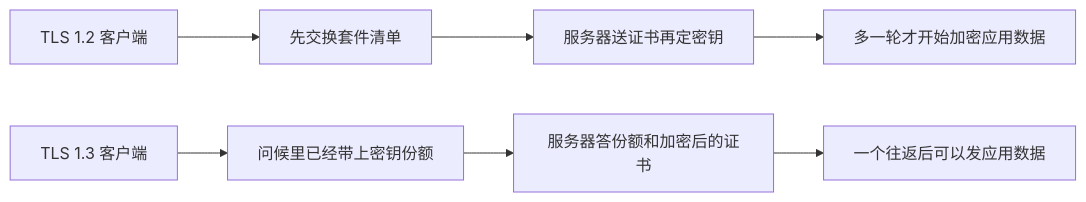
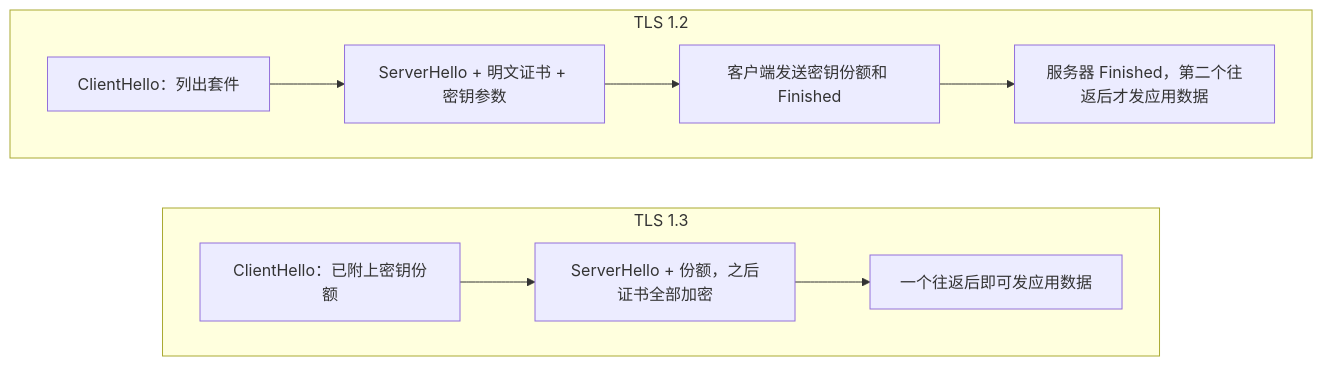
The diagram in blog/从 SSL 到 TLS 1.3：互联网如何偿还二十年的密码学技术债.md (luzhixing12345/luzhixing12345.github.io), drawn with Mermaid before and after one commit. The commit also changed other lines of this file and 27 other files, not shown here.

````diff
--- a/blog/从 SSL 到 TLS 1.3：互联网如何偿还二十年的密码学技术债.md
+++ b/blog/从 SSL 到 TLS 1.3：互联网如何偿还二十年的密码学技术债.md
@@ -65,9 +211,15 @@
 ```mermaid
-flowchart LR
-  c12[TLS 1.2 客户端] --> a1[先交换套件清单]
-  a1 --> a2[服务器送证书再定密钥]
-  a2 --> a3[多一轮才开始加密应用数据]
-  c13[TLS 1.3 客户端] --> b1[问候里已经带上密钥份额]
-  b1 --> b2[服务器答份额和加密后的证书]
-  b2 --> b3[一个往返后可以发应用数据]
+flowchart TB
+  subgraph s12 [TLS 1.2]
+    direction LR
+    a1[ClientHello：列出套件] --> a2[ServerHello + 明文证书 + 密钥参数]
+    a2 --> a3[客户端发送密钥份额和 Finished]
+    a3 --> a4[服务器 Finished，第二个往返后才发应用数据]
+  end
+  subgraph s13 [TLS 1.3]
+    direction LR
+    b1[ClientHello：已附上密钥份额] --> b2[ServerHello + 份额，之后证书全部加密]
+    b2 --> b3[一个往返后即可发应用数据]
+  end
+  s12 ~~~ s13
 ```
````
